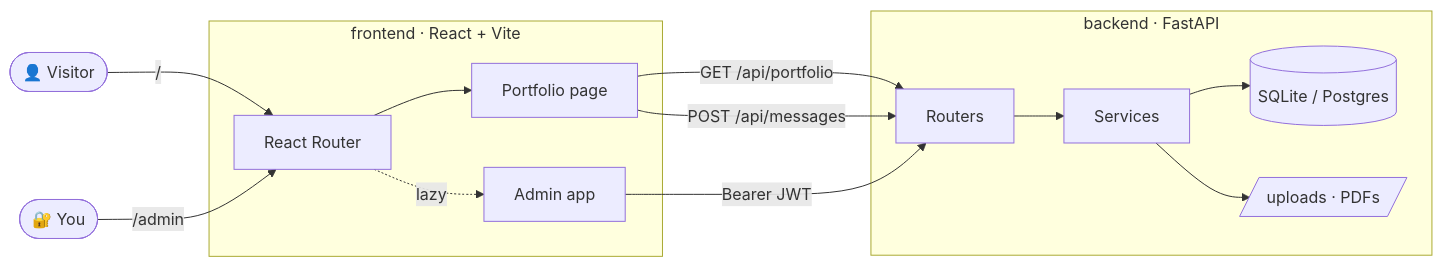
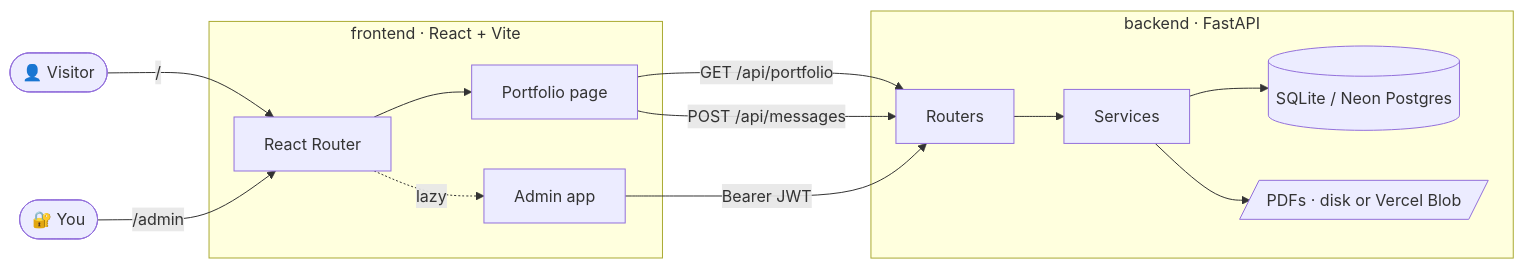
The first of 4 diagrams in README.md (Lab-Member-0010/Portfolio), drawn with Mermaid before and after one commit. The commit also changed other lines of this file and 26 other files, not shown here.

````diff
--- a/README.md
+++ b/README.md
@@ -154,17 +156,17 @@
 ```mermaid
 flowchart LR
     V([👤 Visitor]) -->|"/"| R
     A([🔐 You]) -->|"/admin"| R
     subgraph FE["frontend · React + Vite"]
         R[React Router] --> P[Portfolio page]
         R -.lazy.-> AD[Admin app]
     end
     P -->|GET /api/portfolio| API
     P -->|POST /api/messages| API
     AD -->|Bearer JWT| API
     subgraph BE["backend · FastAPI"]
         API[Routers] --> S[Services]
-        S --> DB[(SQLite / Postgres)]
-        S --> F[/uploads · PDFs/]
+        S --> DB[(SQLite / Neon Postgres)]
+        S --> F[/PDFs · disk or Vercel Blob/]
     end
 ```
````
